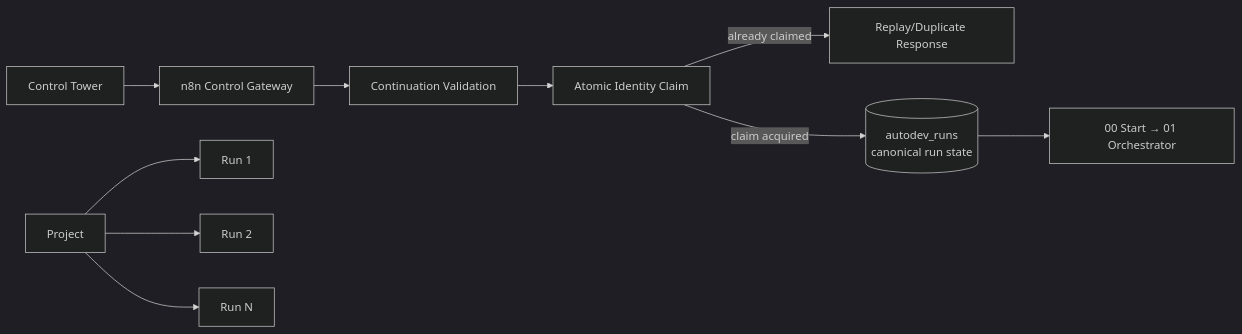
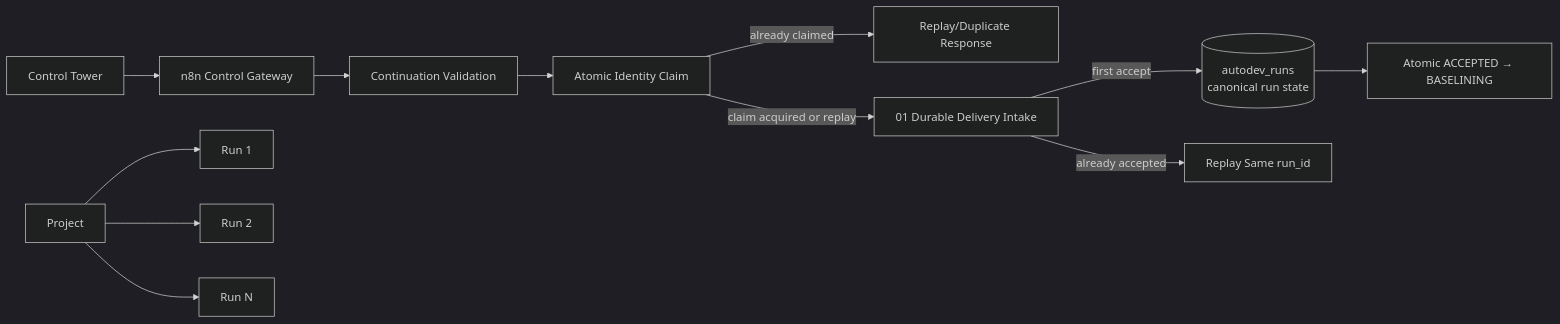
One commit to xxammaxx/Morpheus_workflow changed the diagram in README.md. Above: the diagram before and after it, drawn with Mermaid (dark theme). The commit also changed 7 other files, not shown here.

````diff
--- a/README.md
+++ b/README.md
@@ -31,12 +31,14 @@
 ```mermaid
 flowchart LR
   CT[Control Tower] --> GW[n8n Control Gateway]
   GW --> CV[Continuation Validation]
   CV --> AC[Atomic Identity Claim]
   AC -->|already claimed| RP[Replay/Duplicate Response]
-  AC -->|claim acquired| DT[(autodev_runs<br/>canonical run state)]
-  DT --> START[00 Start → 01 Orchestrator]
+  AC -->|claim acquired or replay| DI[01 Durable Delivery Intake]
+  DI -->|first accept| DT[(autodev_runs<br/>canonical run state)]
+  DI -->|already accepted| RP2[Replay Same run_id]
+  DT --> START[Atomic ACCEPTED → BASELINING]
   P[Project] --> R1[Run 1]
   P --> R2[Run 2]
   P --> RN[Run N]
 ```
````
